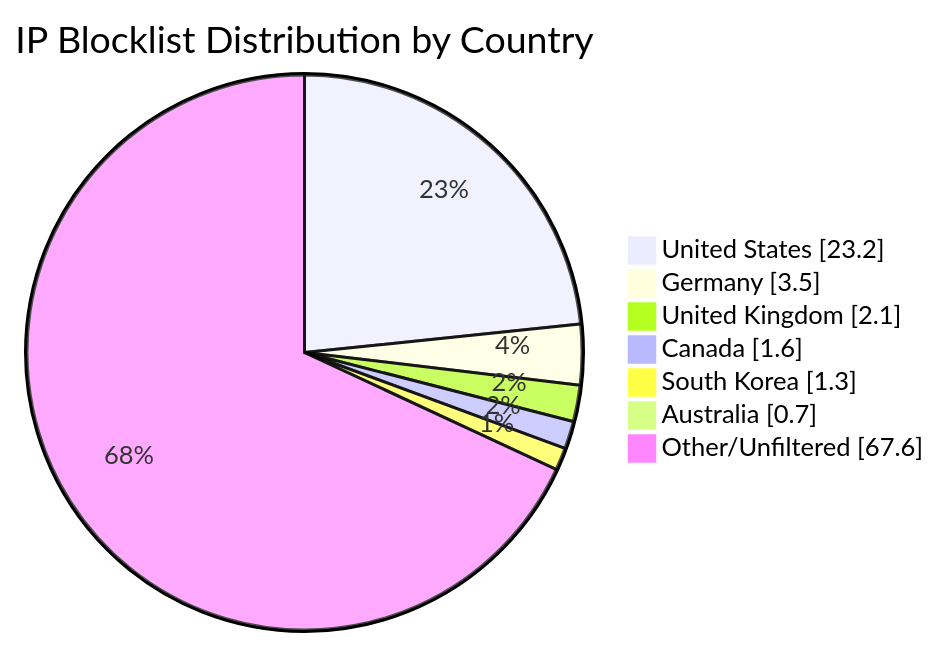
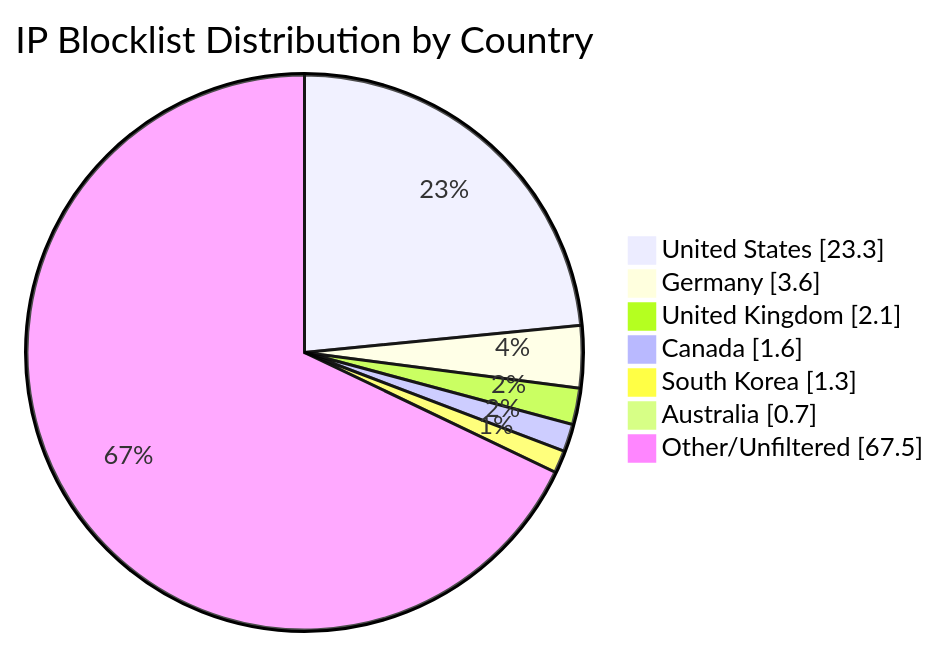
Before and after one commit to MarcusHoltz/ipblocklist-geofiltered-aggregator: the diagram in README.md, drawn with Mermaid. The commit also changed other lines of this file and 9 other files, not shown here.

````diff
--- a/README.md
+++ b/README.md
@@ -34,10 +34,10 @@
 ```mermaid
 pie showData title IP Blocklist Distribution by Country
-"United States" : 23.2
-"Germany" : 3.5
+"United States" : 23.3
+"Germany" : 3.6
 "United Kingdom" : 2.1
 "Canada" : 1.6
 "South Korea" : 1.3
 "Australia" : 0.7
-"Other/Unfiltered" : 67.6
+"Other/Unfiltered" : 67.5
 ```
````
